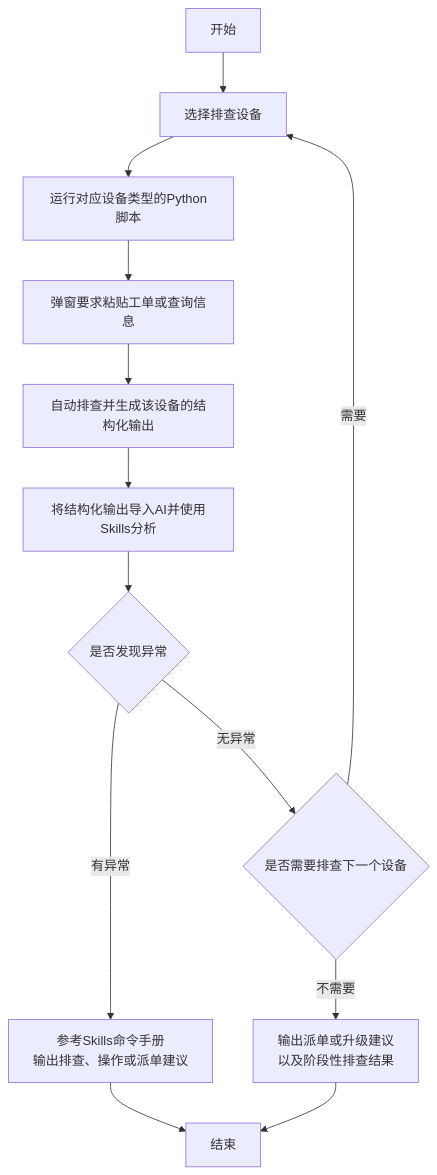
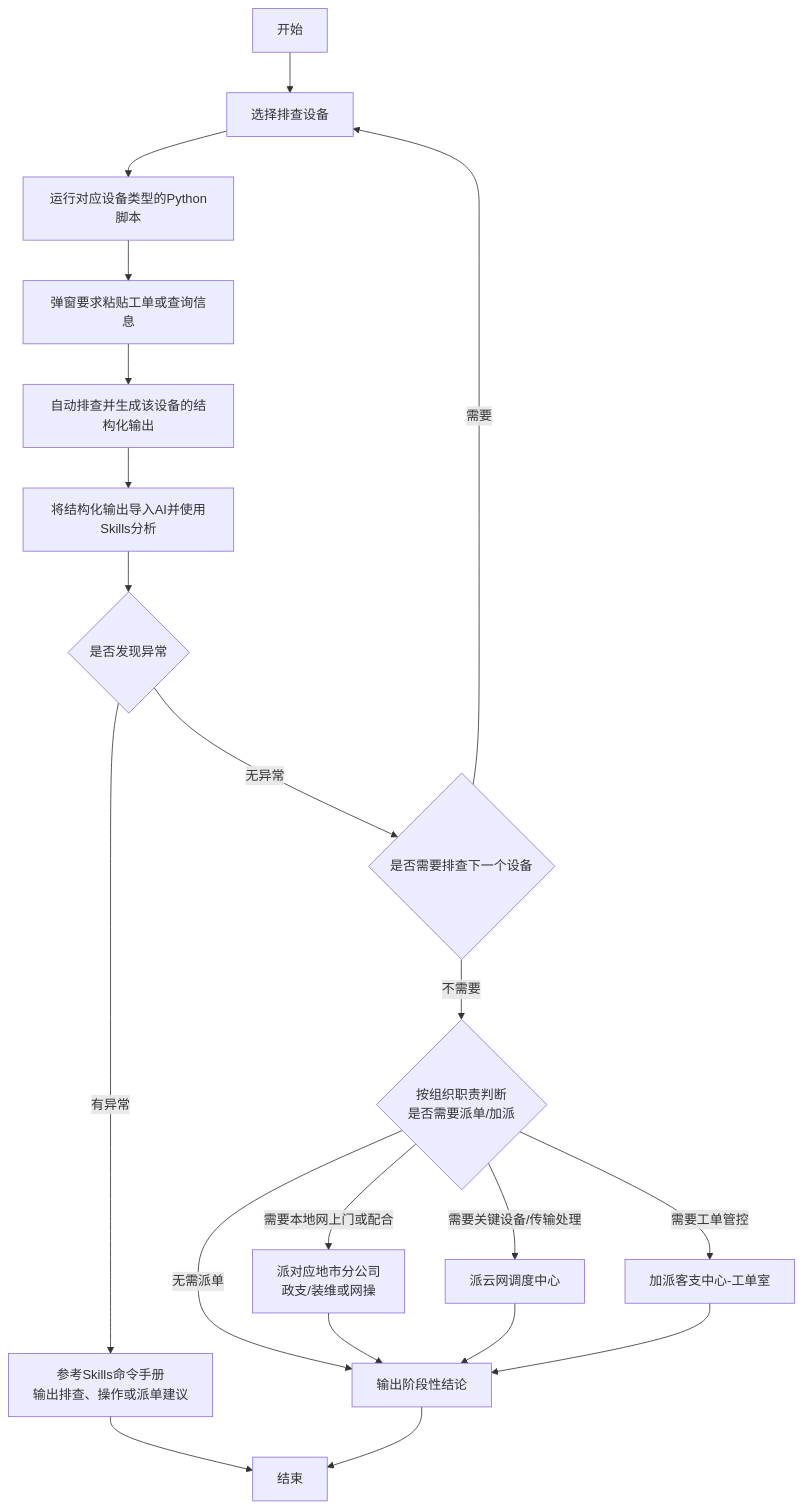
The diagram in skills/internet-dedicated-line-fault-handling/references/总纲处理流程.md (tanqizhi/my_skill), drawn with Mermaid before and after one commit. The commit also changed other lines of this file and 15 other files, not shown here.

````diff
--- a/skills/internet-dedicated-line-fault-handling/references/总纲处理流程.md
+++ b/skills/internet-dedicated-line-fault-handling/references/总纲处理流程.md
@@ -13,17 +13,24 @@
 ```mermaid
 flowchart TB
     Start[开始] --> A[选择排查设备]
     A --> Script[运行对应设备类型的Python脚本]
     Script --> Input[弹窗要求粘贴工单或查询信息]
     Input --> Check[自动排查并生成该设备的结构化输出]
     Check --> AI[将结构化输出导入AI并使用Skills分析]
     AI --> B{是否发现异常}
 
     B -->|有异常| Advice[参考Skills命令手册<br/>输出排查、操作或派单建议]
     Advice --> End[结束]
 
     B -->|无异常| C{是否需要排查下一个设备}
     C -->|需要| A
-    C -->|不需要| Summary[输出派单或升级建议<br/>以及阶段性排查结果]
+    C -->|不需要| Dispatch{按组织职责判断<br/>是否需要派单/加派}
+    Dispatch -->|需要本地网上门或配合| Local[派对应地市分公司<br/>政支/装维或网操]
+    Dispatch -->|需要关键设备/传输处理| Cloud[派云网调度中心]
+    Dispatch -->|需要工单管控| Workroom[加派客支中心-工单室]
+    Dispatch -->|无需派单| Summary[输出阶段性结论]
+    Local --> Summary
+    Cloud --> Summary
+    Workroom --> Summary
     Summary --> End
 ```
````
